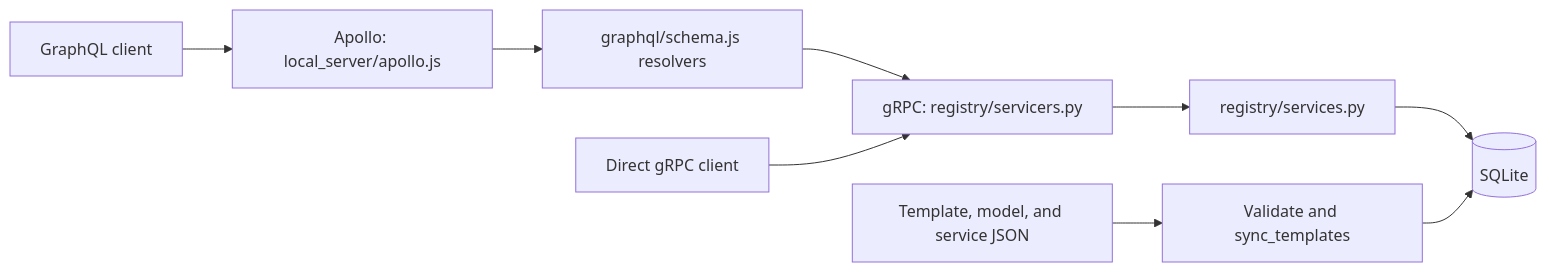
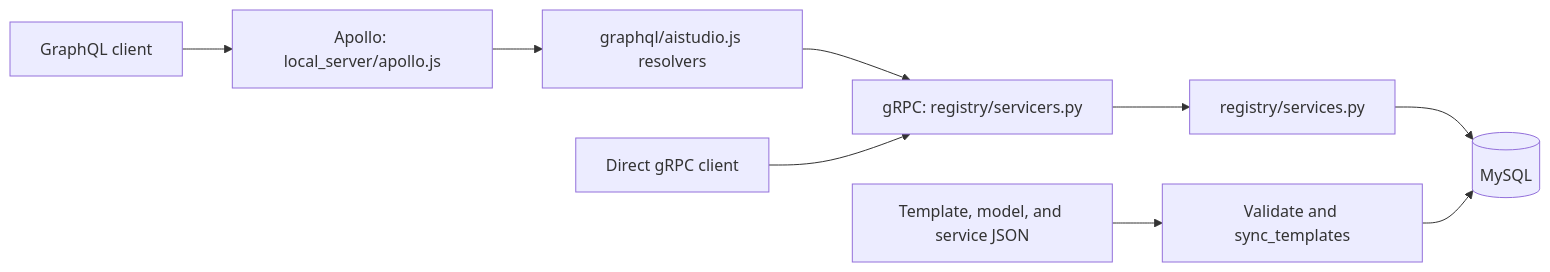
One commit to Tri-Hackathon-Inc/Payroll-Agent changed the second of 2 diagrams in backend/AGENTS.md. Above: the diagram before and after it, drawn with Mermaid. The commit also changed other lines of this file and 42 other files, not shown here.

````diff
--- a/backend/AGENTS.md
+++ b/backend/AGENTS.md
@@ -65,11 +66,11 @@
 ```mermaid
 flowchart LR
     Client["GraphQL client"] --> Apollo["Apollo: local_server/apollo.js"]
-    Apollo --> Resolver["graphql/schema.js resolvers"]
+    Apollo --> Resolver["graphql/aistudio.js resolvers"]
     Resolver --> Grpc["gRPC: registry/servicers.py"]
     Direct["Direct gRPC client"] --> Grpc
     Grpc --> Logic["registry/services.py"]
-    Logic --> DB[(SQLite)]
+    Logic --> DB[(MySQL)]
     Files["Template, model, and service JSON"] --> Sync["Validate and sync_templates"]
     Sync --> DB
 ```
````
